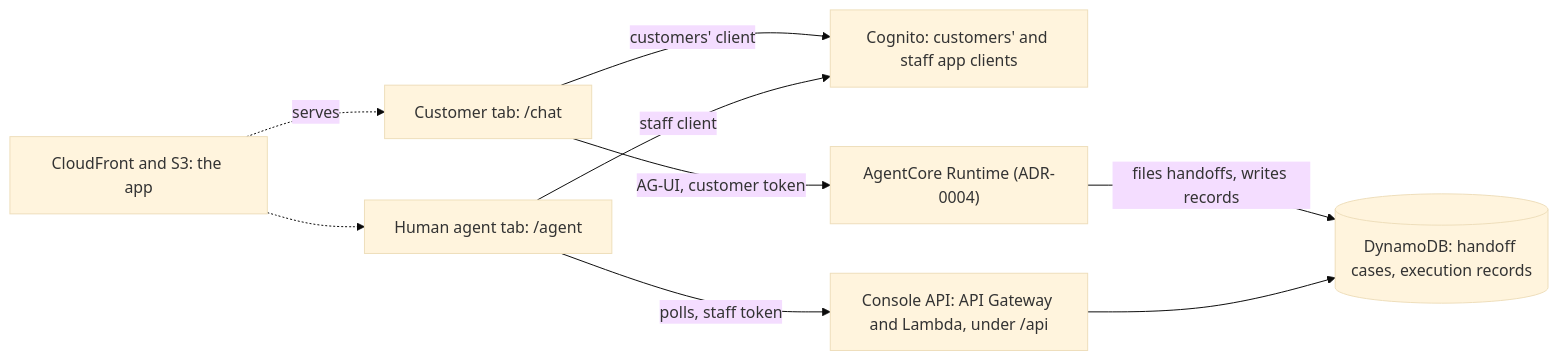
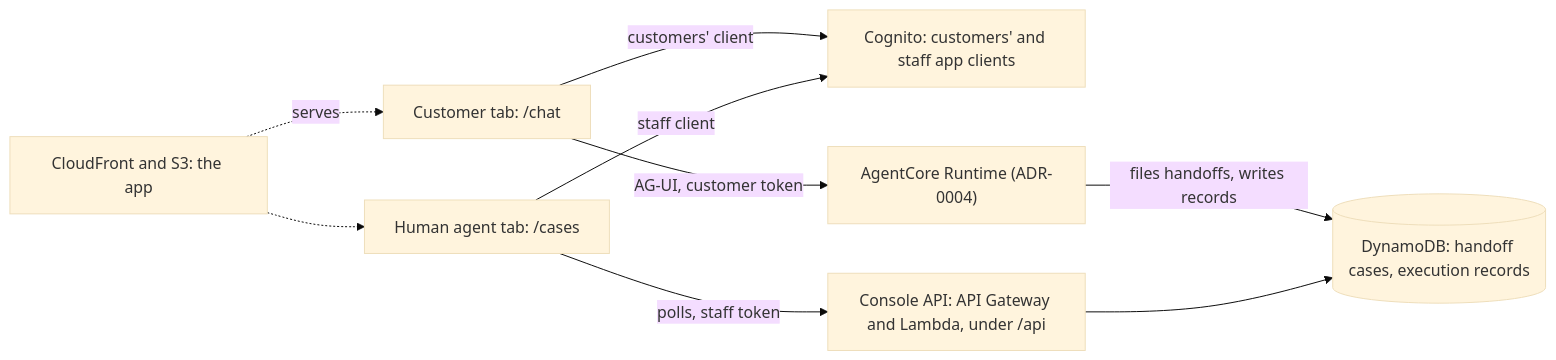
One commit to gafnts/factored-hackathon-2026-gafnts changed the diagram in docs/adr/0007-role-gated-web-app.md. Above: the diagram before and after it, drawn with Mermaid (base theme). The commit also changed other lines of this file and 1 other file, not shown here.

Commit message:
Amend ADR-0007 for the cases route and its title

````diff
--- a/docs/adr/0007-role-gated-web-app.md
+++ b/docs/adr/0007-role-gated-web-app.md
@@ -31,18 +32,18 @@
 ```mermaid
 flowchart LR
   CF["CloudFront and S3: the app"]
   CUST["Customer tab: /chat"]
-  AGT["Human agent tab: /agent"]
+  AGT["Human agent tab: /cases"]
   COG["Cognito: customers' and staff app clients"]
   RT["AgentCore Runtime (ADR-0004)"]
   API["Console API: API Gateway and Lambda, under /api"]
   DB[("DynamoDB: handoff cases, execution records")]
   CF -.->|"serves"| CUST
   CF -.-> AGT
   CUST -->|"customers' client"| COG
   AGT -->|"staff client"| COG
   CUST -->|"AG-UI, customer token"| RT
   AGT -->|"polls, staff token"| API
   RT -->|"files handoffs, writes records"| DB
   API --> DB
 ```
````
